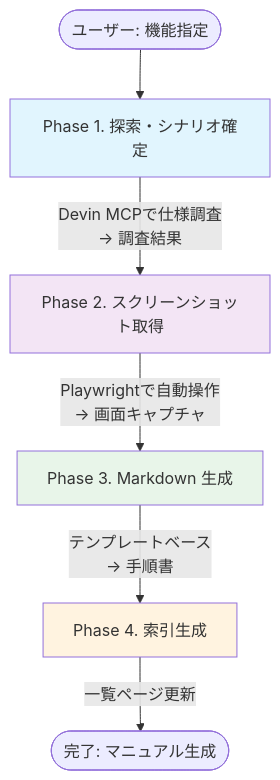
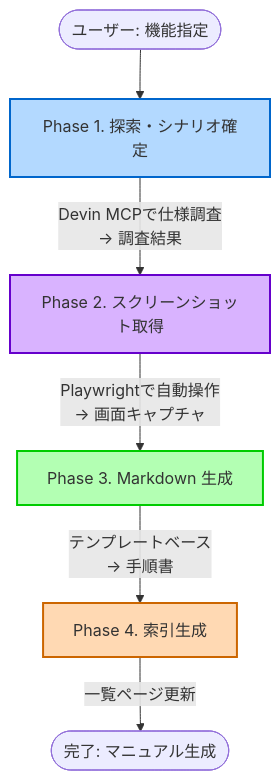
The diagram in articles/b16d59a31138e2.md (jkkitakita/zenn), drawn with Mermaid before and after one commit.

Commit message:
fix: style at b16d59a31138e2

````diff
--- a/articles/b16d59a31138e2.md
+++ b/articles/b16d59a31138e2.md
@@ -69,13 +69,13 @@
 ```mermaid
 flowchart TB
     Start([ユーザー: 機能指定]) --> Phase1[Phase 1. 探索・シナリオ確定]
     Phase1 -->|Devin MCPで仕様調査<br/>→ 調査結果| Phase2[Phase 2. スクリーンショット取得]
     Phase2 -->|Playwrightで自動操作<br/>→ 画面キャプチャ| Phase3[Phase 3. Markdown 生成]
     Phase3 -->|テンプレートベース<br/>→ 手順書| Phase4[Phase 4. 索引生成]
     Phase4 -->|一覧ページ更新| End([完了: マニュアル生成])
 
-    style Phase1 fill:#e1f5fe
-    style Phase2 fill:#f3e5f5
-    style Phase3 fill:#e8f5e9
-    style Phase4 fill:#fff3e0
+    style Phase1 fill:#b3d9ff,stroke:#0066cc,stroke-width:2px
+    style Phase2 fill:#d9b3ff,stroke:#6600cc,stroke-width:2px
+    style Phase3 fill:#b3ffb3,stroke:#00cc00,stroke-width:2px
+    style Phase4 fill:#ffd9b3,stroke:#cc6600,stroke-width:2px
 ```
````
